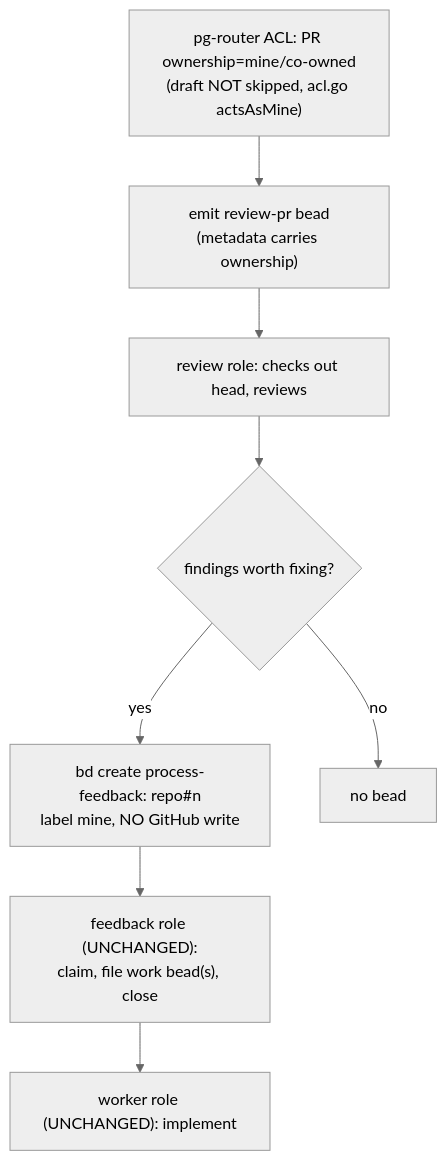
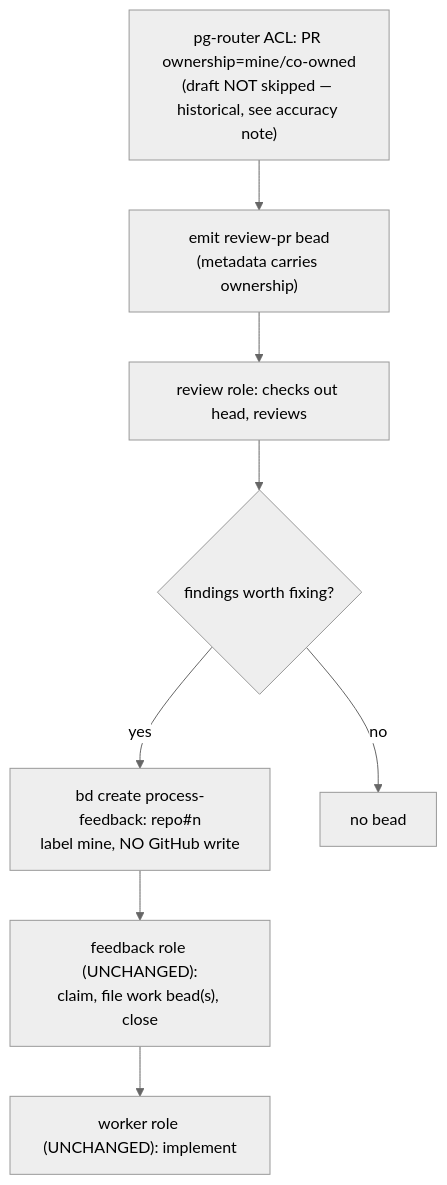
One commit to phillipgreenii/nix-agent-support changed the third of 6 diagrams in docs/pr-review-flow.md. Above: the diagram before and after it, drawn with Mermaid (neutral theme). The commit also changed other lines of this file, not shown here.

````diff
--- a/docs/pr-review-flow.md
+++ b/docs/pr-review-flow.md
@@ -258,10 +273,10 @@
 ```mermaid
 flowchart TD
-    a["pg-router ACL: PR ownership=mine/co-owned<br/>(draft NOT skipped, acl.go actsAsMine)"] --> b["emit review-pr bead<br/>(metadata carries ownership)"]
+    a["pg-router ACL: PR ownership=mine/co-owned<br/>(draft NOT skipped — historical, see accuracy note)"] --> b["emit review-pr bead<br/>(metadata carries ownership)"]
     b --> c["review role: checks out head, reviews"]
     c --> d{"findings worth fixing?"}
     d -->|yes| e["bd create process-feedback: repo#n<br/>label mine, NO GitHub write"]
     d -->|no| f["no bead"]
     e --> g["feedback role (UNCHANGED):<br/>claim, file work bead(s), close"]
     g --> h["worker role (UNCHANGED): implement"]
 ```
````
